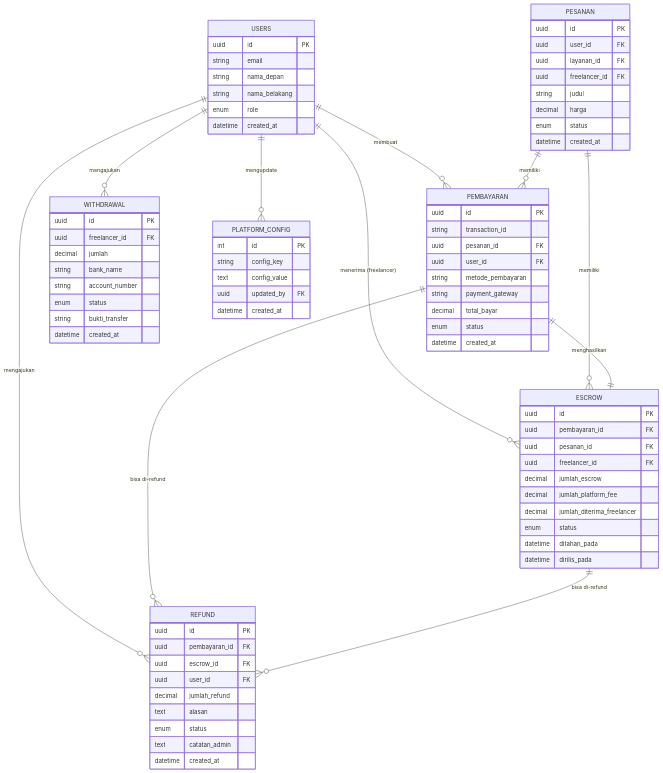
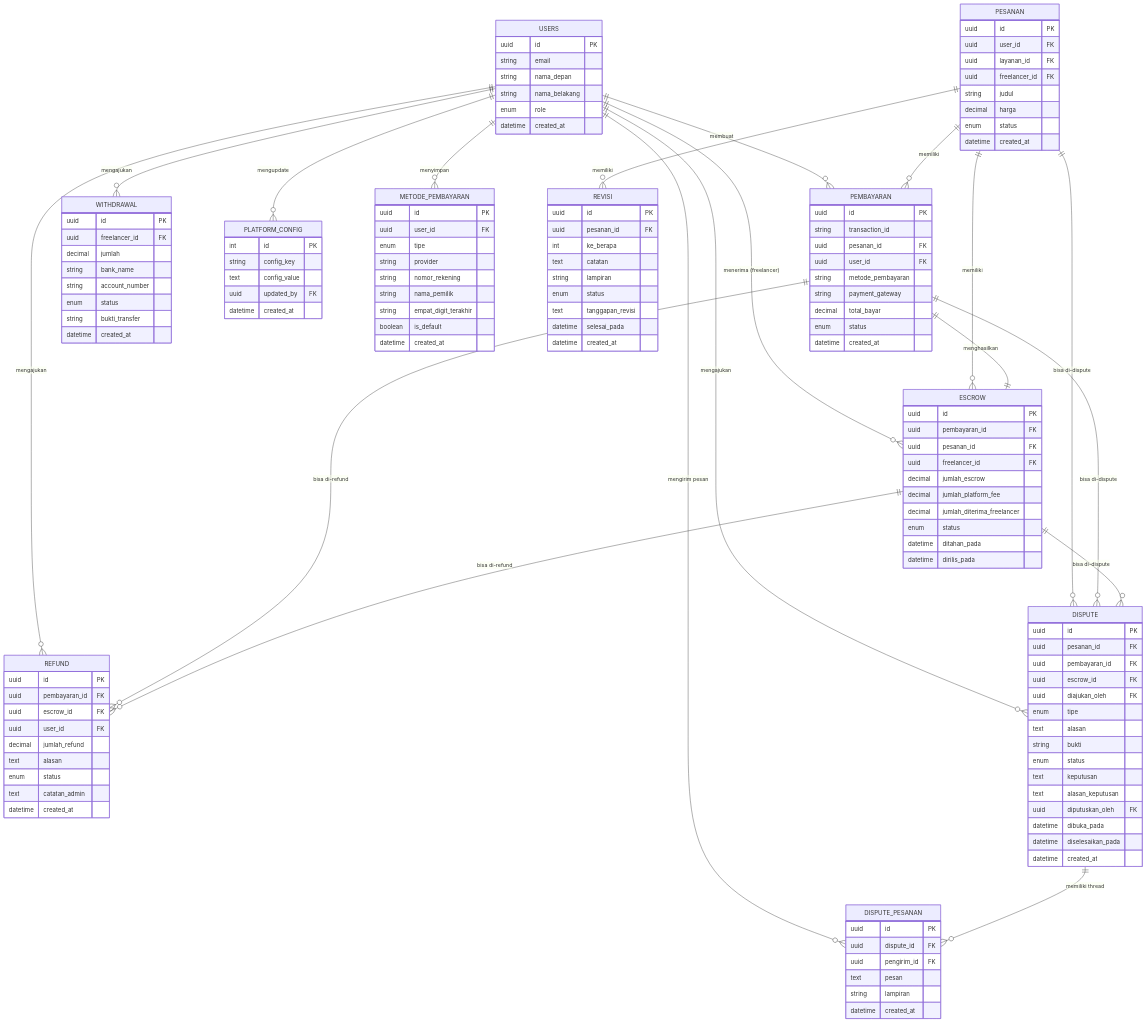
The diagram in docs/PAYMENT_MODULE_ERD.md (muhamadraflyy/PPL-C-2025), drawn with Mermaid before and after one commit. The commit also changed other lines of this file and 1 other file, not shown here.

First line of the commit message:
docs(payment): complete ERD with all 10 tables from erdmod4.jpeg

````diff
--- a/docs/PAYMENT_MODULE_ERD.md
+++ b/docs/PAYMENT_MODULE_ERD.md
@@ -156,14 +175,23 @@
     USERS ||--o{ REFUND : "mengajukan"
     USERS ||--o{ WITHDRAWAL : "mengajukan"
     USERS ||--o{ PLATFORM_CONFIG : "mengupdate"
+    USERS ||--o{ METODE_PEMBAYARAN : "menyimpan"
+    USERS ||--o{ DISPUTE : "mengajukan"
+    USERS ||--o{ DISPUTE_PESANAN : "mengirim pesan"
 
     PESANAN ||--o{ PEMBAYARAN : "memiliki"
     PESANAN ||--o{ ESCROW : "memiliki"
+    PESANAN ||--o{ REVISI : "memiliki"
+    PESANAN ||--o{ DISPUTE : "bisa di-dispute"
 
     PEMBAYARAN ||--|| ESCROW : "menghasilkan"
     PEMBAYARAN ||--o{ REFUND : "bisa di-refund"
+    PEMBAYARAN ||--o{ DISPUTE : "bisa di-dispute"
 
     ESCROW ||--o{ REFUND : "bisa di-refund"
+    ESCROW ||--o{ DISPUTE : "bisa di-dispute"
+
+    DISPUTE ||--o{ DISPUTE_PESANAN : "memiliki thread"
 
     USERS {
         uuid id PK
@@ -240,4 +268,55 @@
         uuid updated_by FK
         datetime created_at
     }
+
+    METODE_PEMBAYARAN {
+        uuid id PK
+        uuid user_id FK
+        enum tipe
+        string provider
+        string nomor_rekening
+        string nama_pemilik
+        string empat_digit_terakhir
+        boolean is_default
+        datetime created_at
+    }
+
+    REVISI {
+        uuid id PK
+        uuid pesanan_id FK
+        int ke_berapa
+        text catatan
+        string lampiran
+        enum status
+        text tanggapan_revisi
+        datetime selesai_pada
+        datetime created_at
+    }
+
+    DISPUTE_PESANAN {
+        uuid id PK
+        uuid dispute_id FK
+        uuid pengirim_id FK
+        text pesan
+        string lampiran
+        datetime created_at
+    }
+
+    DISPUTE {
+        uuid id PK
+        uuid pesanan_id FK
+        uuid pembayaran_id FK
+        uuid escrow_id FK
+        uuid diajukan_oleh FK
+        enum tipe
+        text alasan
+        string bukti
+        enum status
+        text keputusan
+        text alasan_keputusan
+        uuid diputuskan_oleh FK
+        datetime dibuka_pada
+        datetime diselesaikan_pada
+        datetime created_at
+    }
 ```
````
